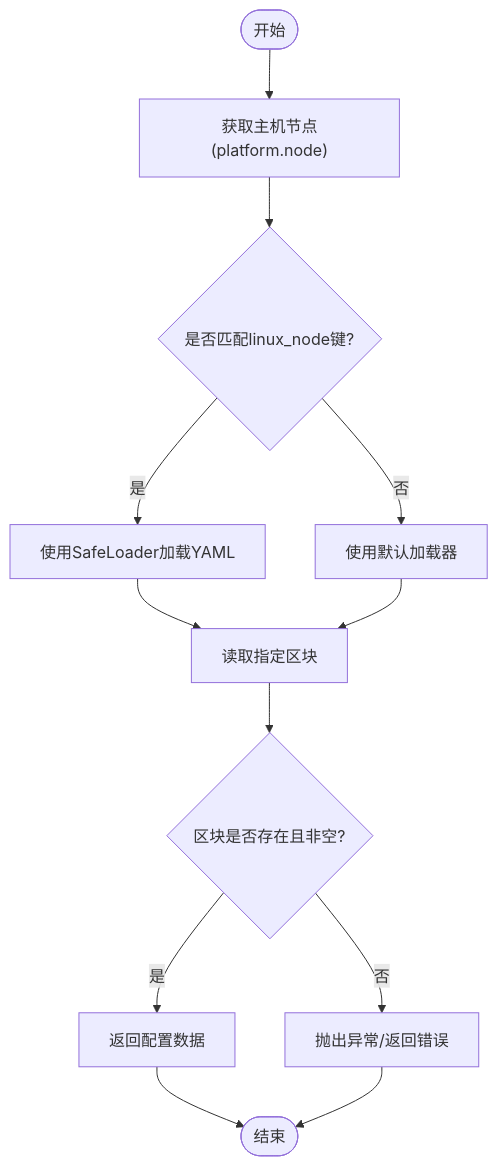
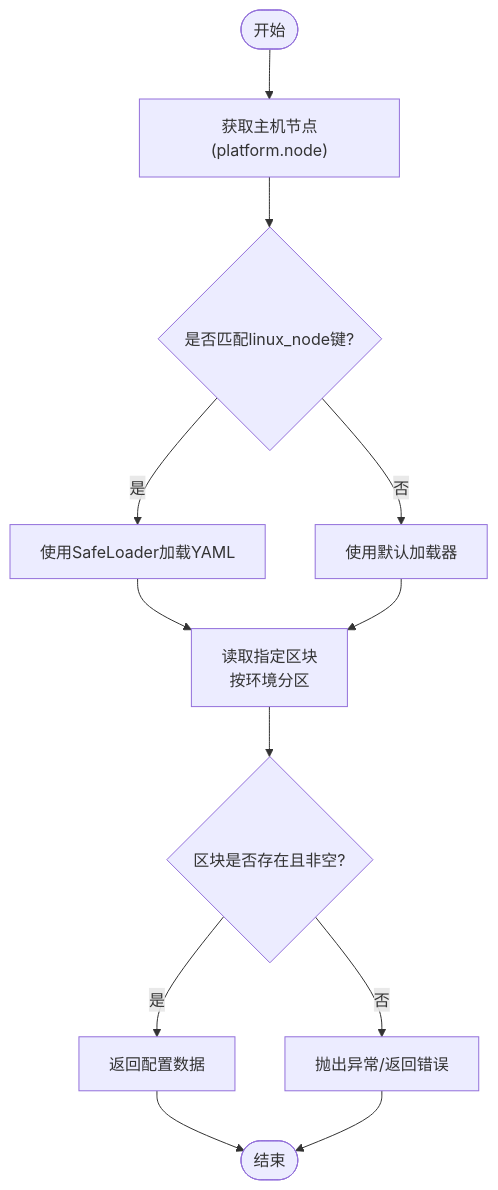
Before and after one commit to liximing1-ola/qa-payTest: the fourth of 7 diagrams in .qoder/repowiki/zh/content/核心模块/配置管理模块.md, drawn with Mermaid. The commit also changed other lines of this file and 13 other files, not shown here.

````diff
--- a/.qoder/repowiki/zh/content/核心模块/配置管理模块.md
+++ b/.qoder/repowiki/zh/content/核心模块/配置管理模块.md
@@ -165,14 +221,14 @@
 ```mermaid
 flowchart TD
 Start(["开始"]) --> GetNode["获取主机节点(platform.node)"]
 GetNode --> ChooseLoader{"是否匹配linux_node键?"}
 ChooseLoader --> |是| SafeLoader["使用SafeLoader加载YAML"]
 ChooseLoader --> |否| DefaultLoader["使用默认加载器"]
-SafeLoader --> ReadBlock["读取指定区块"]
+SafeLoader --> ReadBlock["读取指定区块<br/>按环境分区"]
 DefaultLoader --> ReadBlock
 ReadBlock --> Validate{"区块是否存在且非空?"}
 Validate --> |是| ReturnData["返回配置数据"]
 Validate --> |否| RaiseError["抛出异常/返回错误"]
 ReturnData --> End(["结束"])
 RaiseError --> End
 ```
````
